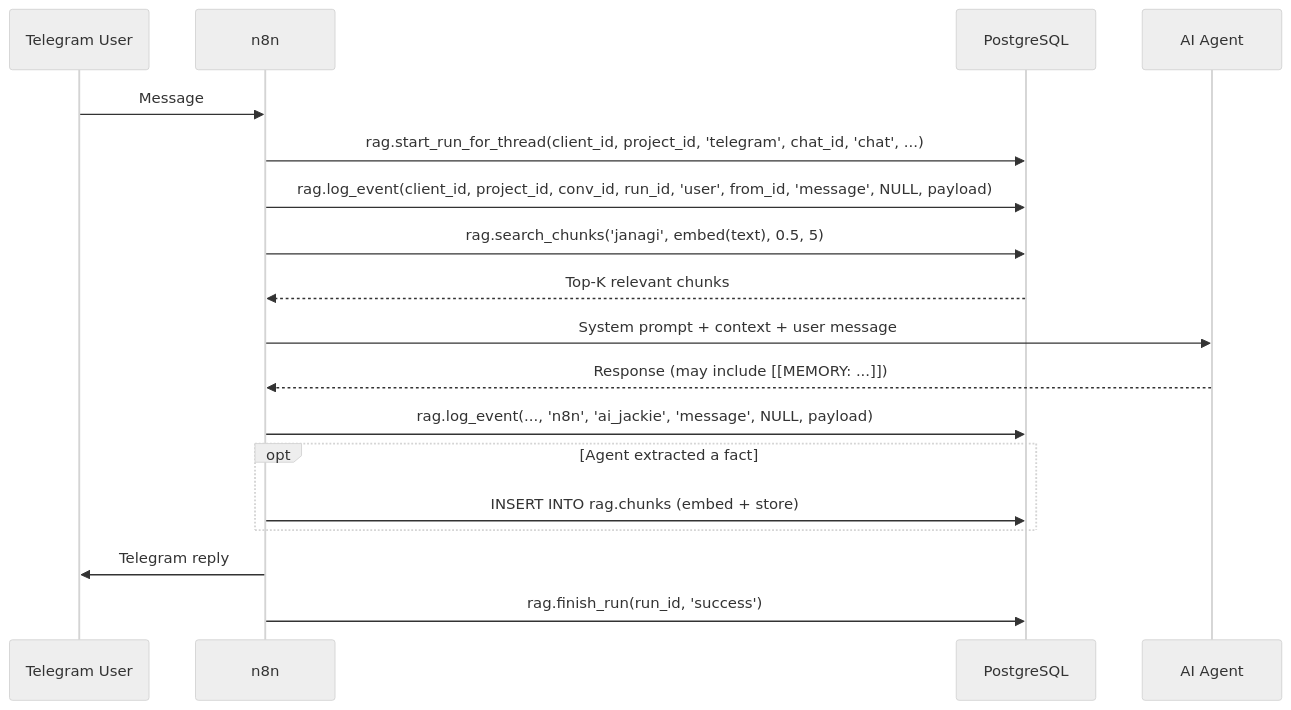
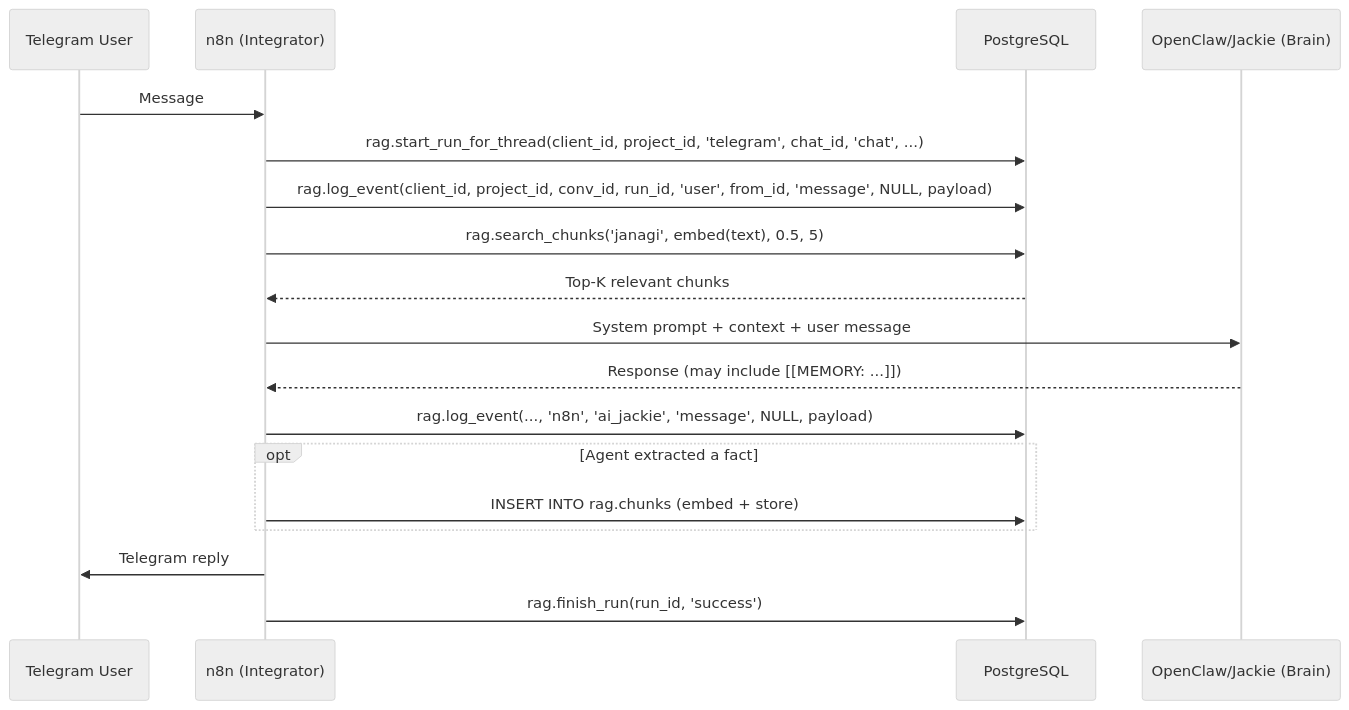
Before and after one commit to HonzaHezina/janAGI: the diagram in ops/docs/MEMORY_ARCHITECTURE.md, drawn with Mermaid (neutral theme). The commit also changed other lines of this file and 11 other files, not shown here.

First line of the commit message:
docs: align architecture to integrator/brain paradigm

````diff
--- a/ops/docs/MEMORY_ARCHITECTURE.md
+++ b/ops/docs/MEMORY_ARCHITECTURE.md
@@ -30,23 +31,23 @@
 ```mermaid
 sequenceDiagram
     participant U as Telegram User
-    participant N as n8n
+    participant N as n8n (Integrator)
     participant DB as PostgreSQL
-    participant AI as AI Agent
+    participant AI as OpenClaw/Jackie (Brain)
 
     U->>N: Message
     N->>DB: rag.start_run_for_thread(client_id, project_id, 'telegram', chat_id, 'chat', ...)
     N->>DB: rag.log_event(client_id, project_id, conv_id, run_id, 'user', from_id, 'message', NULL, payload)
     N->>DB: rag.search_chunks('janagi', embed(text), 0.5, 5)
     DB-->>N: Top-K relevant chunks
     N->>AI: System prompt + context + user message
     AI-->>N: Response (may include [[MEMORY: ...]])
     N->>DB: rag.log_event(..., 'n8n', 'ai_jackie', 'message', NULL, payload)
     
     opt Agent extracted a fact
         N->>DB: INSERT INTO rag.chunks (embed + store)
     end
     
     N->>U: Telegram reply
     N->>DB: rag.finish_run(run_id, 'success')
 ```
````
